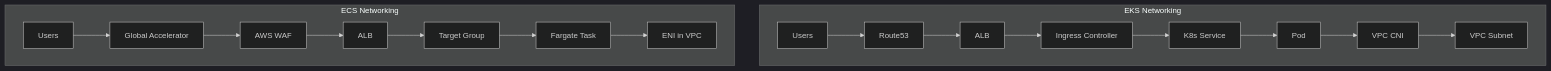
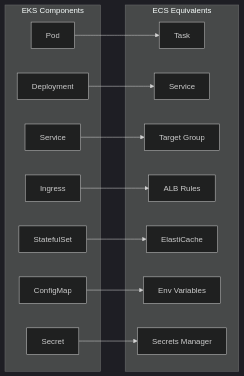
Before and after one commit to aldea-ai/infrastructure-docs: the seventh of 10 diagrams in diagrams/eks-to-ecs-comparison.md, drawn with Mermaid (dark theme). The commit also changed other lines of this file and 3 other files, not shown here.

First line of the commit message:
Simplify diagrams for layman readability

````diff
--- a/diagrams/eks-to-ecs-comparison.md
+++ b/diagrams/eks-to-ecs-comparison.md
@@ -153,21 +168,30 @@
 ```mermaid
-flowchart TB
-    subgraph EKS_Net["EKS Networking"]
-        EN_USER[Users] --> EN_R53[Route53]
-        EN_R53 --> EN_ALB[ALB]
-        EN_ALB --> EN_ING[Ingress Controller]
-        EN_ING --> EN_SVC[K8s Service]
-        EN_SVC --> EN_POD[Pod]
-        EN_POD --> EN_CNI[VPC CNI]
-        EN_CNI --> EN_VPC[VPC Subnet]
+flowchart LR
+    subgraph EKS["EKS Components"]
+        E1[Pod]
+        E2[Deployment]
+        E3[Service]
+        E4[Ingress]
+        E5[StatefulSet]
+        E6[ConfigMap]
+        E7[Secret]
     end
 
-    subgraph ECS_Net["ECS Networking"]
-        CN_USER[Users] --> CN_GA[Global Accelerator]
-        CN_GA --> CN_WAF[AWS WAF]
-        CN_WAF --> CN_ALB[ALB]
-        CN_ALB --> CN_TG[Target Group]
-        CN_TG --> CN_TASK[Fargate Task]
-        CN_TASK --> CN_ENI[ENI in VPC]
+    subgraph ECS["ECS Equivalents"]
+        C1[Task]
+        C2[Service]
+        C3[Target Group]
+        C4[ALB Rules]
+        C5[ElastiCache]
+        C6[Env Variables]
+        C7[Secrets Manager]
     end
+
+    E1 --> C1
+    E2 --> C2
+    E3 --> C3
+    E4 --> C4
+    E5 --> C5
+    E6 --> C6
+    E7 --> C7
 ```
````
